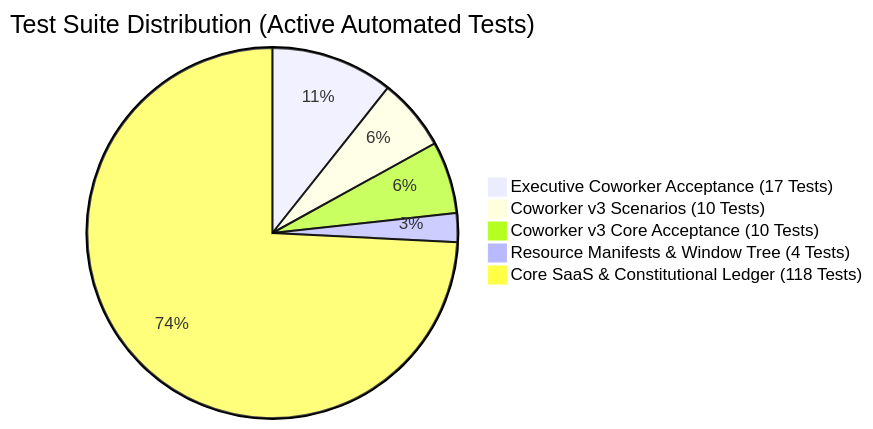
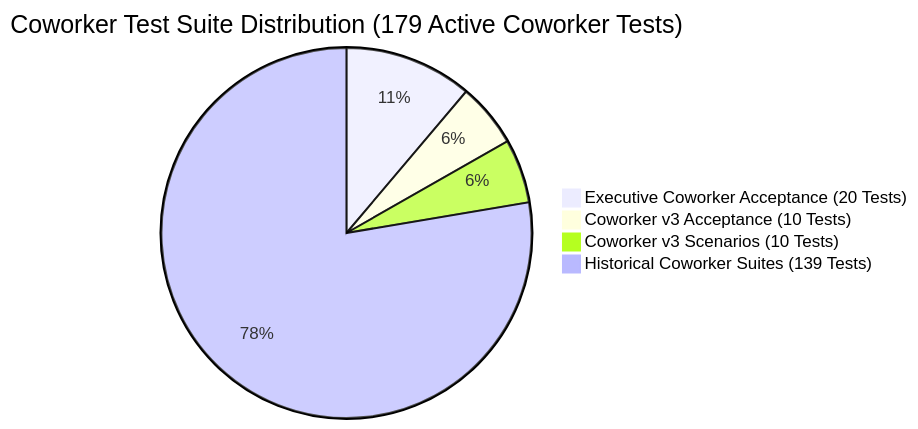
Before and after one commit to sukhrajsingh82673-gif/AI-robo-assistant-saas: the diagram in docs/reports/ZONATA_COWORKER_FULL_SYSTEM_REGRESSION_REPORT.md, drawn with Mermaid. The commit also changed other lines of this file and 54 other files, not shown here.

````diff
--- a/docs/reports/ZONATA_COWORKER_FULL_SYSTEM_REGRESSION_REPORT.md
+++ b/docs/reports/ZONATA_COWORKER_FULL_SYSTEM_REGRESSION_REPORT.md
@@ -25,8 +51,7 @@
 ```mermaid
-pie title Test Suite Distribution (Active Automated Tests)
-    "Executive Coworker Acceptance (17 Tests)" : 17
+pie title Coworker Test Suite Distribution (179 Active Coworker Tests)
+    "Executive Coworker Acceptance (20 Tests)" : 20
+    "Coworker v3 Acceptance (10 Tests)" : 10
     "Coworker v3 Scenarios (10 Tests)" : 10
-    "Coworker v3 Core Acceptance (10 Tests)" : 10
-    "Resource Manifests & Window Tree (4 Tests)" : 4
-    "Core SaaS & Constitutional Ledger (118 Tests)" : 118
+    "Historical Coworker Suites (139 Tests)" : 139
 ```
````
